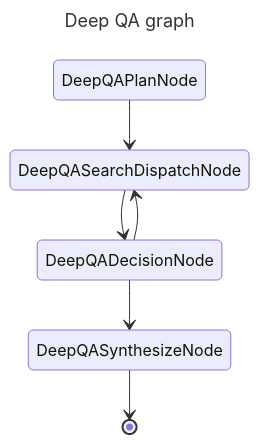
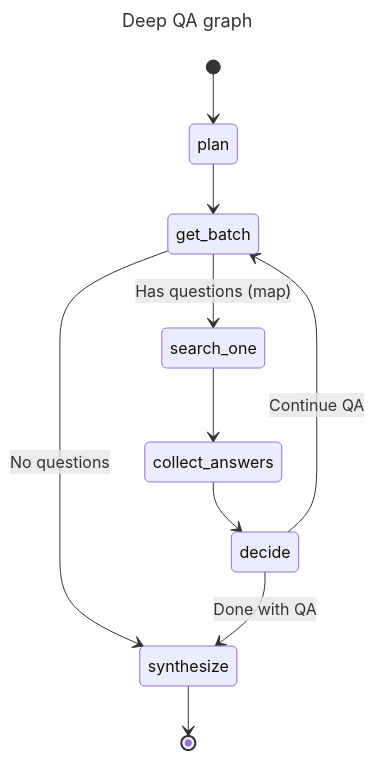
Before and after one commit to ggozad/haiku.rag: the first of 2 diagrams in docs/agents.md, drawn with Mermaid. The commit also changed other lines of this file, not shown here.

````diff
--- a/docs/agents.md
+++ b/docs/agents.md
@@ -47,11 +46,15 @@
 ```mermaid
 ---
 title: Deep QA graph
 ---
 stateDiagram-v2
-  DeepQAPlanNode --> DeepQASearchDispatchNode
-  DeepQASearchDispatchNode --> DeepQADecisionNode
-  DeepQADecisionNode --> DeepQASearchDispatchNode
-  DeepQADecisionNode --> DeepQASynthesizeNode
-  DeepQASynthesizeNode --> [*]
+  [*] --> plan
+  plan --> get_batch
+  get_batch --> search_one: Has questions (map)
+  get_batch --> synthesize: No questions
+  search_one --> collect_answers
+  collect_answers --> decide
+  decide --> get_batch: Continue QA
+  decide --> synthesize: Done with QA
+  synthesize --> [*]
 ```
````
